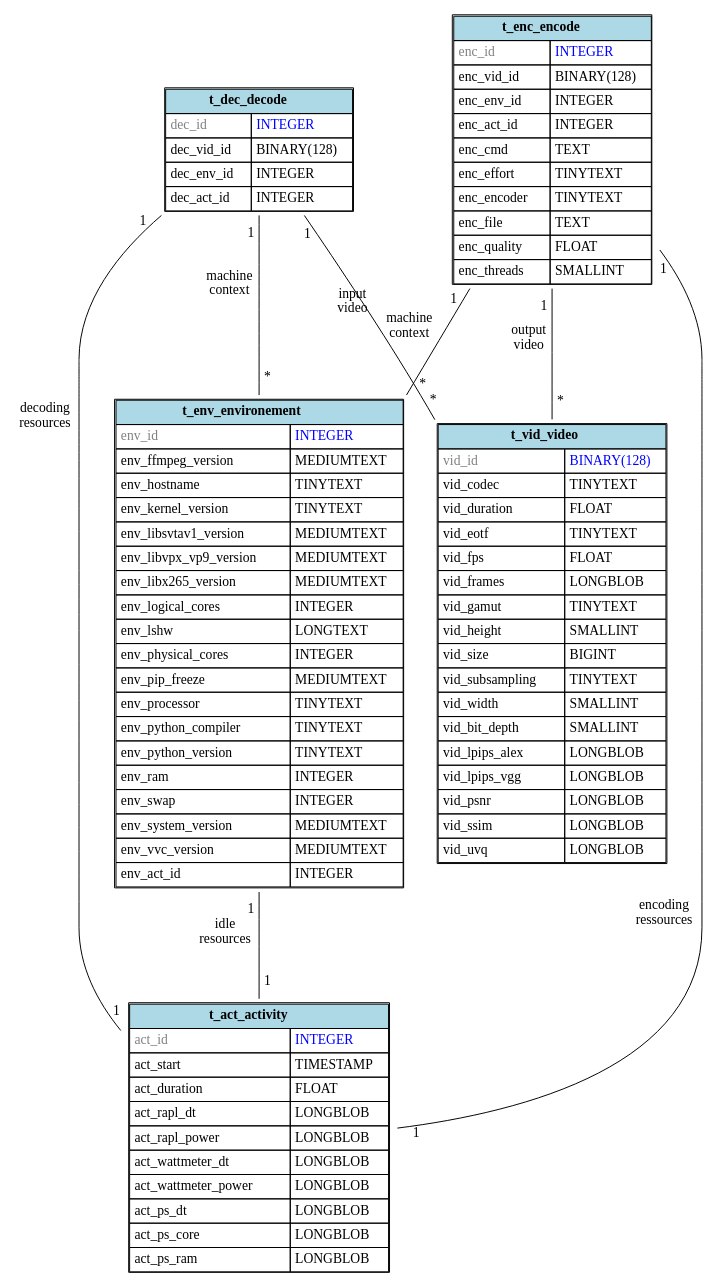
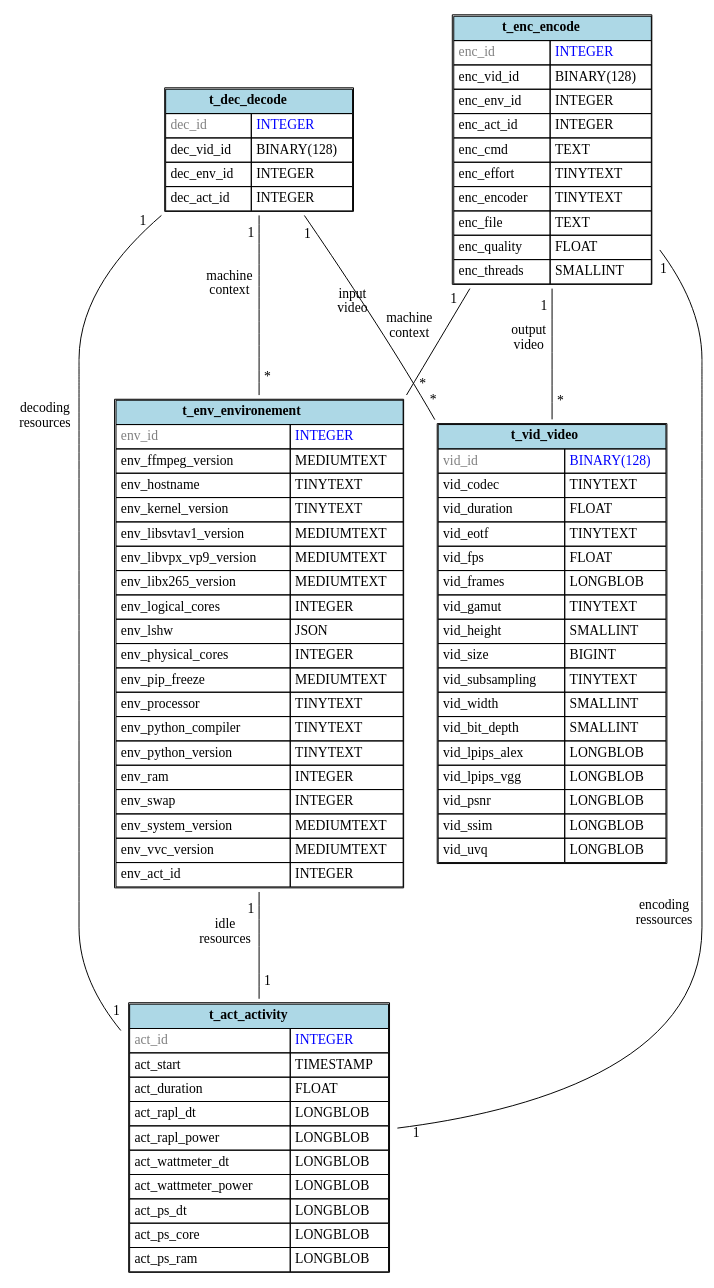
Before and after one commit to robinechuca/mendevi: the diagram in docs/images/database.dot, drawn with Graphviz. The commit also changed 3 other files, not shown here.

```diff
--- a/docs/images/database.dot
+++ b/docs/images/database.dot
@@ -1,106 +1,106 @@
 # dot -Tsvg database.dot > database.svg
 graph database {
   node [shape=plaintext]
   t_act_activity [
     label=<
       <TABLE BORDER="1" CELLBORDER="1" CELLSPACING="0" CELLPADDING="4">
         <TR><TD COLSPAN="2" BGCOLOR="lightblue"><B>t_act_activity</B></TD></TR>
         <TR><TD ALIGN="LEFT"><FONT COLOR="gray">act_id</FONT></TD><TD ALIGN="LEFT"><FONT COLOR="blue">INTEGER</FONT></TD></TR>
         <TR><TD ALIGN="LEFT">act_start</TD><TD ALIGN="LEFT">TIMESTAMP</TD></TR>
         <TR><TD ALIGN="LEFT">act_duration</TD><TD ALIGN="LEFT">FLOAT</TD></TR>
         <TR><TD ALIGN="LEFT">act_rapl_dt</TD><TD ALIGN="LEFT">LONGBLOB</TD></TR>
         <TR><TD ALIGN="LEFT">act_rapl_power</TD><TD ALIGN="LEFT">LONGBLOB</TD></TR>
         <TR><TD ALIGN="LEFT">act_wattmeter_dt</TD><TD ALIGN="LEFT">LONGBLOB</TD></TR>
         <TR><TD ALIGN="LEFT">act_wattmeter_power</TD><TD ALIGN="LEFT">LONGBLOB</TD></TR>
         <TR><TD ALIGN="LEFT">act_ps_dt</TD><TD ALIGN="LEFT">LONGBLOB</TD></TR>
         <TR><TD ALIGN="LEFT">act_ps_core</TD><TD ALIGN="LEFT">LONGBLOB</TD></TR>
         <TR><TD ALIGN="LEFT">act_ps_ram</TD><TD ALIGN="LEFT">LONGBLOB</TD></TR>
       </TABLE>
     >
   ];
   t_vid_video [
     label=<
       <TABLE BORDER="1" CELLBORDER="1" CELLSPACING="0" CELLPADDING="4">
         <TR><TD COLSPAN="2" BGCOLOR="lightblue"><B>t_vid_video</B></TD></TR>
         <TR><TD ALIGN="LEFT"><FONT COLOR="gray">vid_id</FONT></TD><TD ALIGN="LEFT"><FONT COLOR="blue">BINARY(128)</FONT></TD></TR>
         <TR><TD ALIGN="LEFT">vid_codec</TD><TD ALIGN="LEFT">TINYTEXT</TD></TR>
         <TR><TD ALIGN="LEFT">vid_duration</TD><TD ALIGN="LEFT">FLOAT</TD></TR>
         <TR><TD ALIGN="LEFT">vid_eotf</TD><TD ALIGN="LEFT">TINYTEXT</TD></TR>
         <TR><TD ALIGN="LEFT">vid_fps</TD><TD ALIGN="LEFT">FLOAT</TD></TR>
         <TR><TD ALIGN="LEFT">vid_frames</TD><TD ALIGN="LEFT">LONGBLOB</TD></TR>
         <TR><TD ALIGN="LEFT">vid_gamut</TD><TD ALIGN="LEFT">TINYTEXT</TD></TR>
         <TR><TD ALIGN="LEFT">vid_height</TD><TD ALIGN="LEFT">SMALLINT</TD></TR>
         <TR><TD ALIGN="LEFT">vid_size</TD><TD ALIGN="LEFT">BIGINT</TD></TR>
         <TR><TD ALIGN="LEFT">vid_subsampling</TD><TD ALIGN="LEFT">TINYTEXT</TD></TR>
         <TR><TD ALIGN="LEFT">vid_width</TD><TD ALIGN="LEFT">SMALLINT</TD></TR>
         <TR><TD ALIGN="LEFT">vid_bit_depth</TD><TD ALIGN="LEFT">SMALLINT</TD></TR>
         <TR><TD ALIGN="LEFT">vid_lpips_alex</TD><TD ALIGN="LEFT">LONGBLOB</TD></TR>
         <TR><TD ALIGN="LEFT">vid_lpips_vgg</TD><TD ALIGN="LEFT">LONGBLOB</TD></TR>
         <TR><TD ALIGN="LEFT">vid_psnr</TD><TD ALIGN="LEFT">LONGBLOB</TD></TR>
         <TR><TD ALIGN="LEFT">vid_ssim</TD><TD ALIGN="LEFT">LONGBLOB</TD></TR>
         <TR><TD ALIGN="LEFT">vid_uvq</TD><TD ALIGN="LEFT">LONGBLOB</TD></TR>
       </TABLE>
     >
   ];
   t_env_environement [
     label=<
       <TABLE BORDER="1" CELLBORDER="1" CELLSPACING="0" CELLPADDING="4">
         <TR><TD COLSPAN="2" BGCOLOR="lightblue"><B>t_env_environement</B></TD></TR>
         <TR><TD ALIGN="LEFT"><FONT COLOR="gray">env_id</FONT></TD><TD ALIGN="LEFT"><FONT COLOR="blue">INTEGER</FONT></TD></TR>
         <TR><TD ALIGN="LEFT">env_ffmpeg_version</TD><TD ALIGN="LEFT">MEDIUMTEXT</TD></TR>
         <TR><TD ALIGN="LEFT">env_hostname</TD><TD ALIGN="LEFT">TINYTEXT</TD></TR>
         <TR><TD ALIGN="LEFT">env_kernel_version</TD><TD ALIGN="LEFT">TINYTEXT</TD></TR>
         <TR><TD ALIGN="LEFT">env_libsvtav1_version</TD><TD ALIGN="LEFT">MEDIUMTEXT</TD></TR>
         <TR><TD ALIGN="LEFT">env_libvpx_vp9_version</TD><TD ALIGN="LEFT">MEDIUMTEXT</TD></TR>
         <TR><TD ALIGN="LEFT">env_libx265_version</TD><TD ALIGN="LEFT">MEDIUMTEXT</TD></TR>
         <TR><TD ALIGN="LEFT">env_logical_cores</TD><TD ALIGN="LEFT">INTEGER</TD></TR>
-        <TR><TD ALIGN="LEFT">env_lshw</TD><TD ALIGN="LEFT">LONGTEXT</TD></TR>
+        <TR><TD ALIGN="LEFT">env_lshw</TD><TD ALIGN="LEFT">JSON</TD></TR>
         <TR><TD ALIGN="LEFT">env_physical_cores</TD><TD ALIGN="LEFT">INTEGER</TD></TR>
         <TR><TD ALIGN="LEFT">env_pip_freeze</TD><TD ALIGN="LEFT">MEDIUMTEXT</TD></TR>
         <TR><TD ALIGN="LEFT">env_processor</TD><TD ALIGN="LEFT">TINYTEXT</TD></TR>
         <TR><TD ALIGN="LEFT">env_python_compiler</TD><TD ALIGN="LEFT">TINYTEXT</TD></TR>
         <TR><TD ALIGN="LEFT">env_python_version</TD><TD ALIGN="LEFT">TINYTEXT</TD></TR>
         <TR><TD ALIGN="LEFT">env_ram</TD><TD ALIGN="LEFT">INTEGER</TD></TR>
         <TR><TD ALIGN="LEFT">env_swap</TD><TD ALIGN="LEFT">INTEGER</TD></TR>
         <TR><TD ALIGN="LEFT">env_system_version</TD><TD ALIGN="LEFT">MEDIUMTEXT</TD></TR>
         <TR><TD ALIGN="LEFT">env_vvc_version</TD><TD ALIGN="LEFT">MEDIUMTEXT</TD></TR>
         <TR><TD ALIGN="LEFT">env_act_id</TD><TD ALIGN="LEFT">INTEGER</TD></TR>
       </TABLE>
     >
   ];
   t_dec_decode [
     label=<
       <TABLE BORDER="1" CELLBORDER="1" CELLSPACING="0" CELLPADDING="4">
         <TR><TD COLSPAN="2" BGCOLOR="lightblue"><B>t_dec_decode</B></TD></TR>
         <TR><TD ALIGN="LEFT"><FONT COLOR="gray">dec_id</FONT></TD><TD ALIGN="LEFT"><FONT COLOR="blue">INTEGER</FONT></TD></TR>
         <TR><TD ALIGN="LEFT">dec_vid_id</TD><TD ALIGN="LEFT">BINARY(128)</TD></TR>
         <TR><TD ALIGN="LEFT">dec_env_id</TD><TD ALIGN="LEFT">INTEGER</TD></TR>
         <TR><TD ALIGN="LEFT">dec_act_id</TD><TD ALIGN="LEFT">INTEGER</TD></TR>
       </TABLE>
     >
   ];
   t_enc_encode [
     label=<
       <TABLE BORDER="1" CELLBORDER="1" CELLSPACING="0" CELLPADDING="4">
         <TR><TD COLSPAN="2" BGCOLOR="lightblue"><B>t_enc_encode</B></TD></TR>
         <TR><TD ALIGN="LEFT"><FONT COLOR="gray">enc_id</FONT></TD><TD ALIGN="LEFT"><FONT COLOR="blue">INTEGER</FONT></TD></TR>
         <TR><TD ALIGN="LEFT">enc_vid_id</TD><TD ALIGN="LEFT">BINARY(128)</TD></TR>
         <TR><TD ALIGN="LEFT">enc_env_id</TD><TD ALIGN="LEFT">INTEGER</TD></TR>
         <TR><TD ALIGN="LEFT">enc_act_id</TD><TD ALIGN="LEFT">INTEGER</TD></TR>
         <TR><TD ALIGN="LEFT">enc_cmd</TD><TD ALIGN="LEFT">TEXT</TD></TR>
         <TR><TD ALIGN="LEFT">enc_effort</TD><TD ALIGN="LEFT">TINYTEXT</TD></TR>
         <TR><TD ALIGN="LEFT">enc_encoder</TD><TD ALIGN="LEFT">TINYTEXT</TD></TR>
         <TR><TD ALIGN="LEFT">enc_file</TD><TD ALIGN="LEFT">TEXT</TD></TR>
         <TR><TD ALIGN="LEFT">enc_quality</TD><TD ALIGN="LEFT">FLOAT</TD></TR>
         <TR><TD ALIGN="LEFT">enc_threads</TD><TD ALIGN="LEFT">SMALLINT</TD></TR>
       </TABLE>
     >
   ];
   t_enc_encode -- t_act_activity [minlen=3, taillabel="1", headlabel="1", xlabel="encoding\nressources", labeldistance=2.0]
   t_enc_encode -- t_env_environement [minlen=3, taillabel="1", headlabel="*", xlabel="machine\ncontext", labeldistance=2.0]
   t_enc_encode -- t_vid_video [minlen=3, taillabel="1", headlabel="*", xlabel="output\nvideo", labeldistance=2.0]
   t_dec_decode -- t_act_activity [minlen=3, taillabel="1", headlabel="1", xlabel="decoding\nresources", labeldistance=2.0]
   t_dec_decode -- t_env_environement [minlen=3, taillabel="1", headlabel="*", xlabel="machine\ncontext", labeldistance=2.0]
   t_dec_decode -- t_vid_video [minlen=3, taillabel="1", headlabel="*", xlabel="input\nvideo", labeldistance=2.0]
   t_env_environement -- t_act_activity [minlen=3, taillabel="1", headlabel="1", xlabel="idle\nresources", labeldistance=2.0]
 }
```
